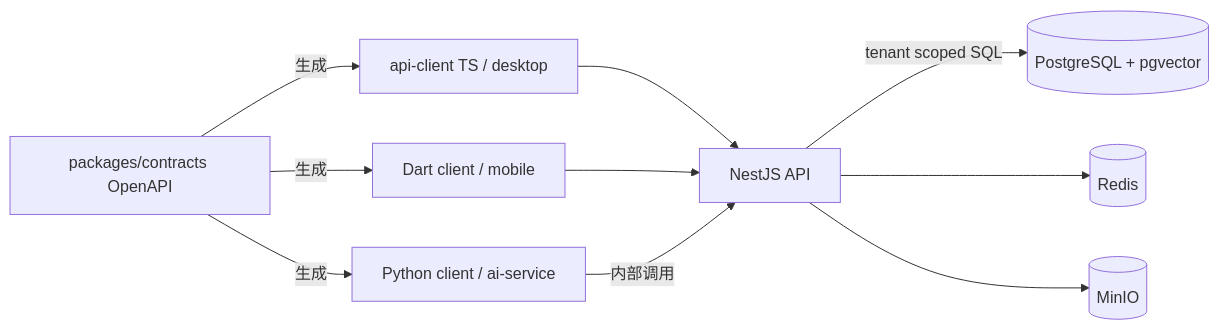
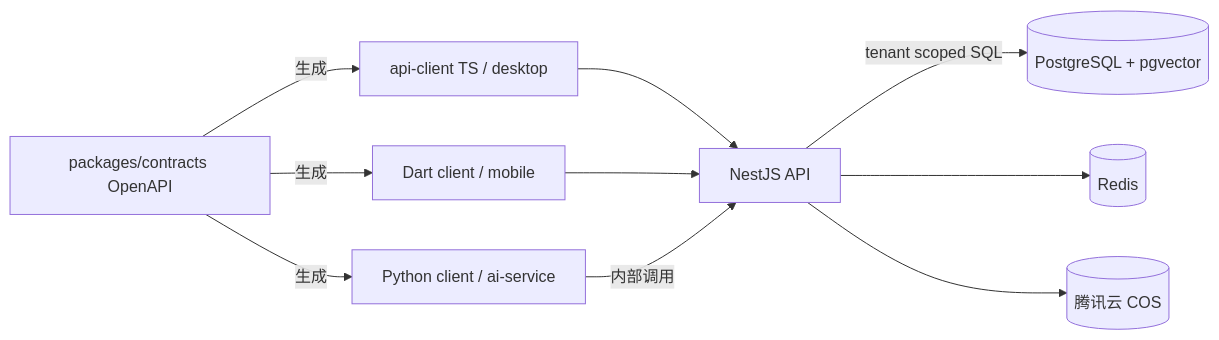
Before and after one commit to tubalong/cees_ai: the diagram in docs/architecture/overview.md, drawn with Mermaid. The commit also changed other lines of this file and 22 other files, not shown here.

````diff
--- a/docs/architecture/overview.md
+++ b/docs/architecture/overview.md
@@ -43,13 +49,13 @@
 ```mermaid
 flowchart LR
   C[packages/contracts OpenAPI]
   C -->|生成| TS[api-client TS / desktop]
   C -->|生成| D[Dart client / mobile]
   C -->|生成| P[Python client / ai-service]
   TS --> A[NestJS API]
   D --> A
   P -->|内部调用| A
   A -->|tenant scoped SQL| PG[(PostgreSQL + pgvector)]
   A --> R[(Redis)]
-  A --> S[(MinIO)]
+  A --> S[(腾讯云 COS)]
 ```
````
